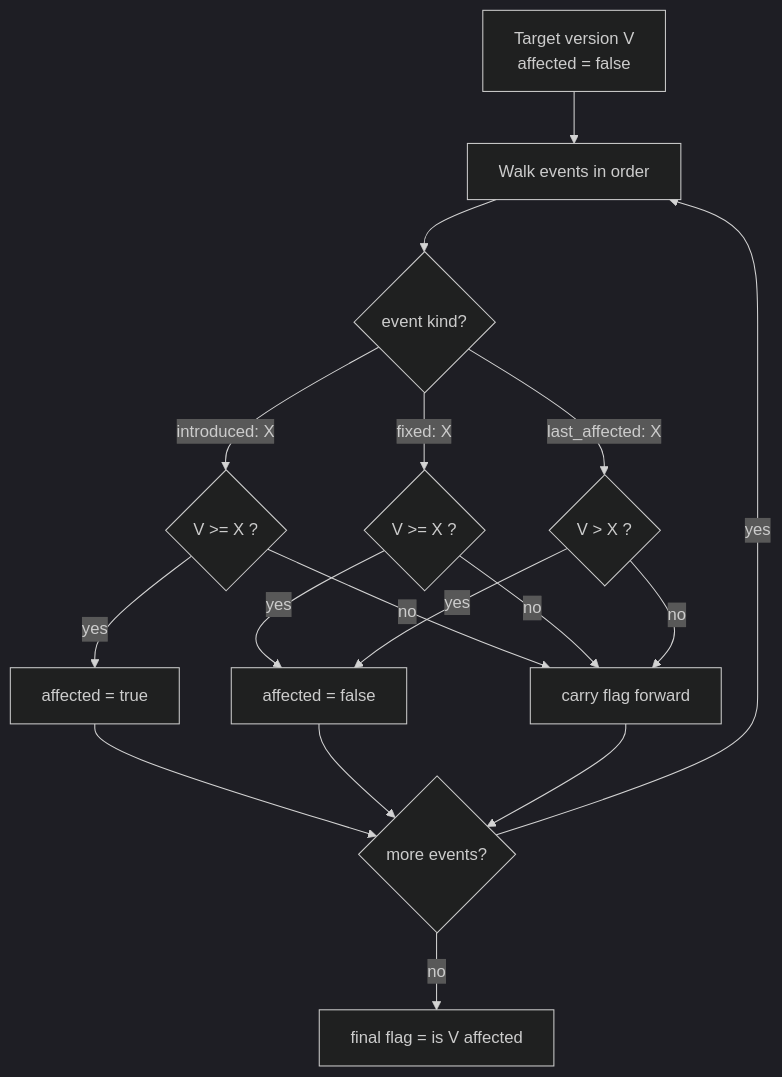
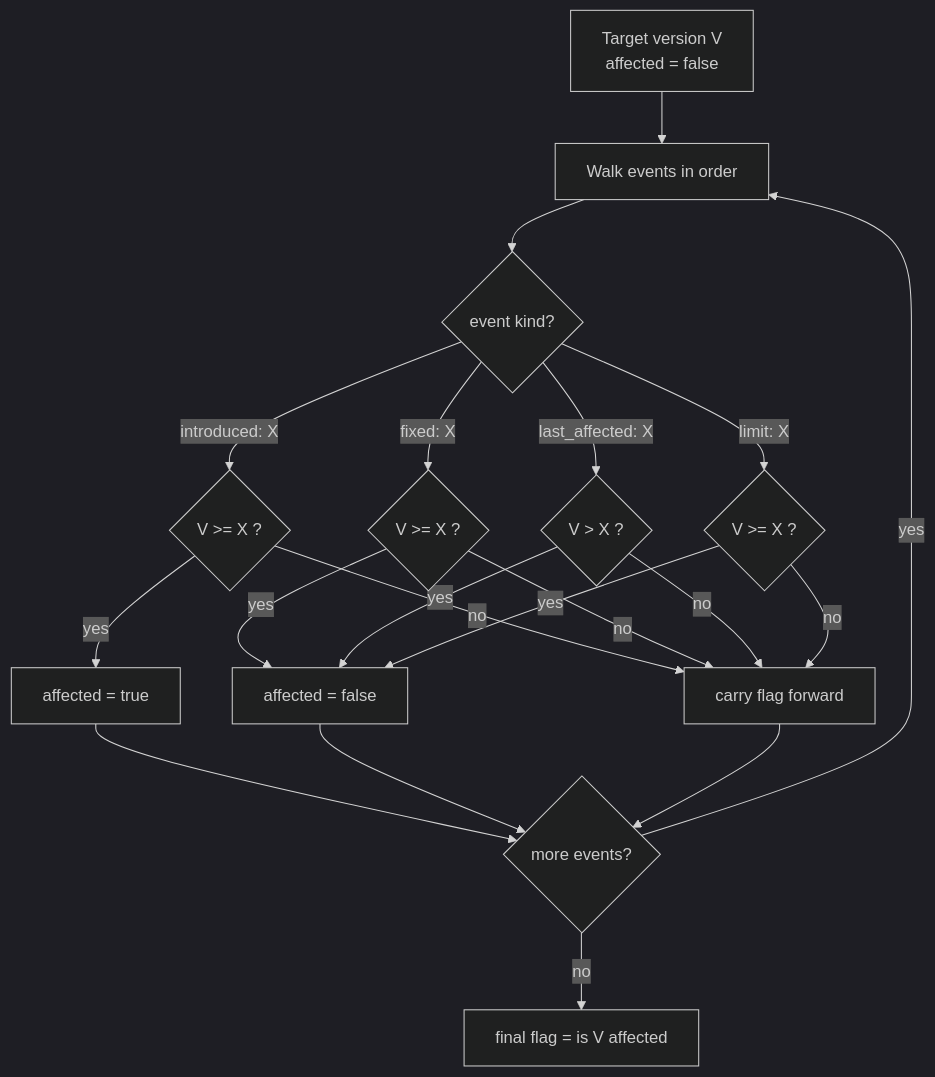
The seventh of 13 diagrams in website/reference/osv-schema.md (scagogogo/osv-schema-skills), drawn with Mermaid (dark theme) before and after one commit. The commit also changed other lines of this file and 1 other file, not shown here.

Commit message:
docs(website): correct limit-vs-last_affected semantics in event timeline (EN+ZH)
The event-timeline resolution section said limit is "treated like
last_affected" — but they differ at the boundary: limit is EXCLUSIVE
(V >= limit clears the flag; the limit version itself is NOT affected),
while last_affected is INCLUSIVE (only V > last_affected clears; the
last_affected version IS affected). The old wording would have made
V == limit wrongly count as affected. Rewrote the prose to state the
exclusive/inclusive distinction explicitly, and added a `limit: X →
V >= X ?` branch to the flowchart (mirroring the existing
last_affected branch which uses V > X) so all four event kinds are
covered, not three.

````diff
--- a/website/reference/osv-schema.md
+++ b/website/reference/osv-schema.md
@@ -159,19 +159,22 @@
 ```mermaid
 flowchart TD
   START["Target version V<br/>affected = false"] --> SORT["Walk events in order"]
   SORT --> E{"event kind?"}
   E -->|"introduced: X"| I{"V >= X ?"}
   I -->|yes| SET["affected = true"]
   I -->|no| NEXT["carry flag forward"]
   E -->|"fixed: X"| F{"V >= X ?"}
   F -->|yes| CLR["affected = false"]
   F -->|no| NEXT
   E -->|"last_affected: X"| L{"V > X ?"}
   L -->|yes| CLR
   L -->|no| NEXT
+  E -->|"limit: X"| LM{"V >= X ?"}
+  LM -->|yes| CLR
+  LM -->|no| NEXT
   SET --> DONE{"more events?"}
   CLR --> DONE
   NEXT --> DONE
   DONE -->|yes| SORT
   DONE -->|no| RESULT["final flag = is V affected"]
 ```
````
